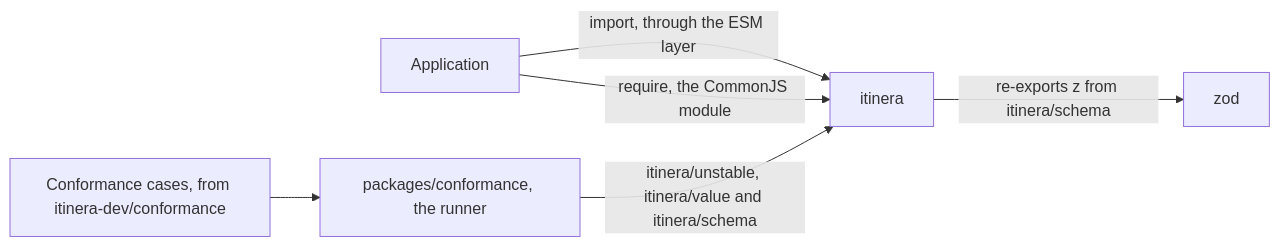
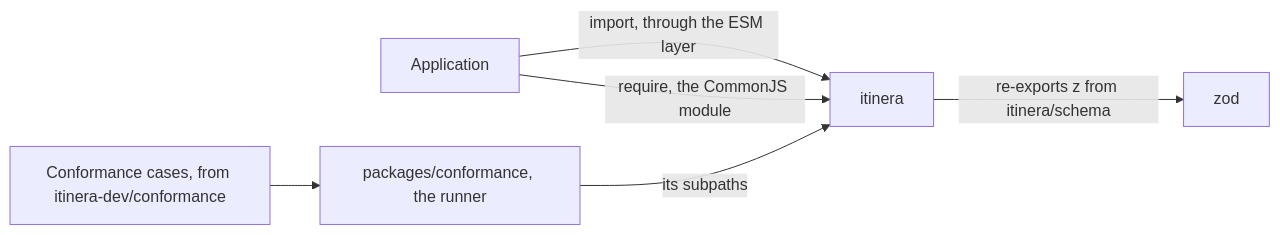
The first of 11 diagrams in docs/architecture.md (itinera-dev/itinera-ts), drawn with Mermaid before and after one commit. The commit also changed other lines of this file and 141 other files, not shown here.

First line of the commit message:
feat: export each concept from a subpath of its own

````diff
--- a/docs/architecture.md
+++ b/docs/architecture.md
@@ -13,10 +13,10 @@
 ```mermaid
 flowchart LR
     accTitle: The packages of itinera-ts
-    accDescr: Applications depend on the package itinera and import each concept from a subpath, through an ESM layer or the CommonJS module behind it. The conformance runner, a package of the workspace that is never published, depends on itinera through itinera/unstable, itinera/value, and itinera/schema for Zod, and reads the conformance cases. itinera depends on Zod, which it re-exports from itinera/schema.
+    accDescr: Applications depend on the package itinera and import each concept from a subpath, through an ESM layer or the CommonJS module behind it. The conformance runner, a package of the workspace that is never published, depends on itinera through its subpaths, as an application does, and reads the conformance cases. itinera depends on Zod, which it re-exports from itinera/schema.
     app["Application"] -->|"import, through the ESM layer"| itinera["itinera"]
     app -->|"require, the CommonJS module"| itinera
-    runner["packages/conformance, the runner"] -->|"itinera/unstable, itinera/value and itinera/schema"| itinera
+    runner["packages/conformance, the runner"] -->|"its subpaths"| itinera
     cases["Conformance cases, from itinera-dev/conformance"] --> runner
     itinera -->|"re-exports z from itinera/schema"| zod["zod"]
 ```
````
